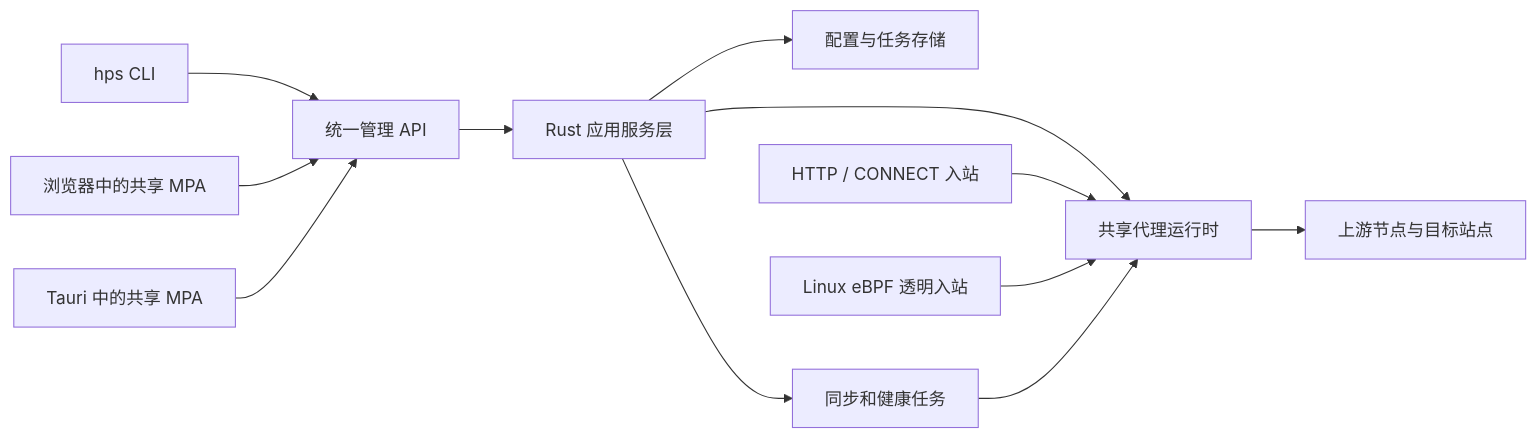
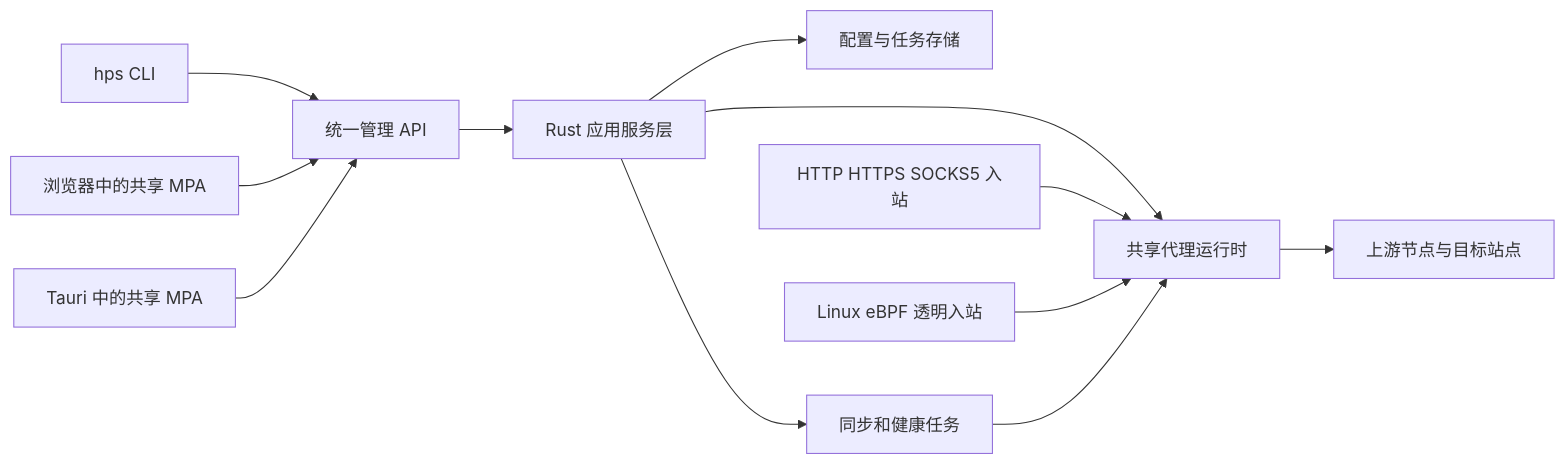
Before and after one commit to go-laoji/honk-proxy-server: the first of 2 diagrams in docs/technical-architecture-plan.md, drawn with Mermaid. The commit also changed other lines of this file and 2 other files, not shown here.

````diff
--- a/docs/technical-architecture-plan.md
+++ b/docs/technical-architecture-plan.md
@@ -55,14 +57,14 @@
 ```mermaid
 flowchart LR
     CLI[hps CLI] --> API[统一管理 API]
     Browser[浏览器中的共享 MPA] --> API
     Desktop[Tauri 中的共享 MPA] --> API
     API --> App[Rust 应用服务层]
     App --> Store[配置与任务存储]
     App --> Engine[共享代理运行时]
     App --> Jobs[同步和健康任务]
-    HTTP[HTTP / CONNECT 入站] --> Engine
+    HTTP[HTTP HTTPS SOCKS5 入站] --> Engine
     BPF[Linux eBPF 透明入站] --> Engine
     Engine --> Upstream[上游节点与目标站点]
     Jobs --> Engine
 ```
````
